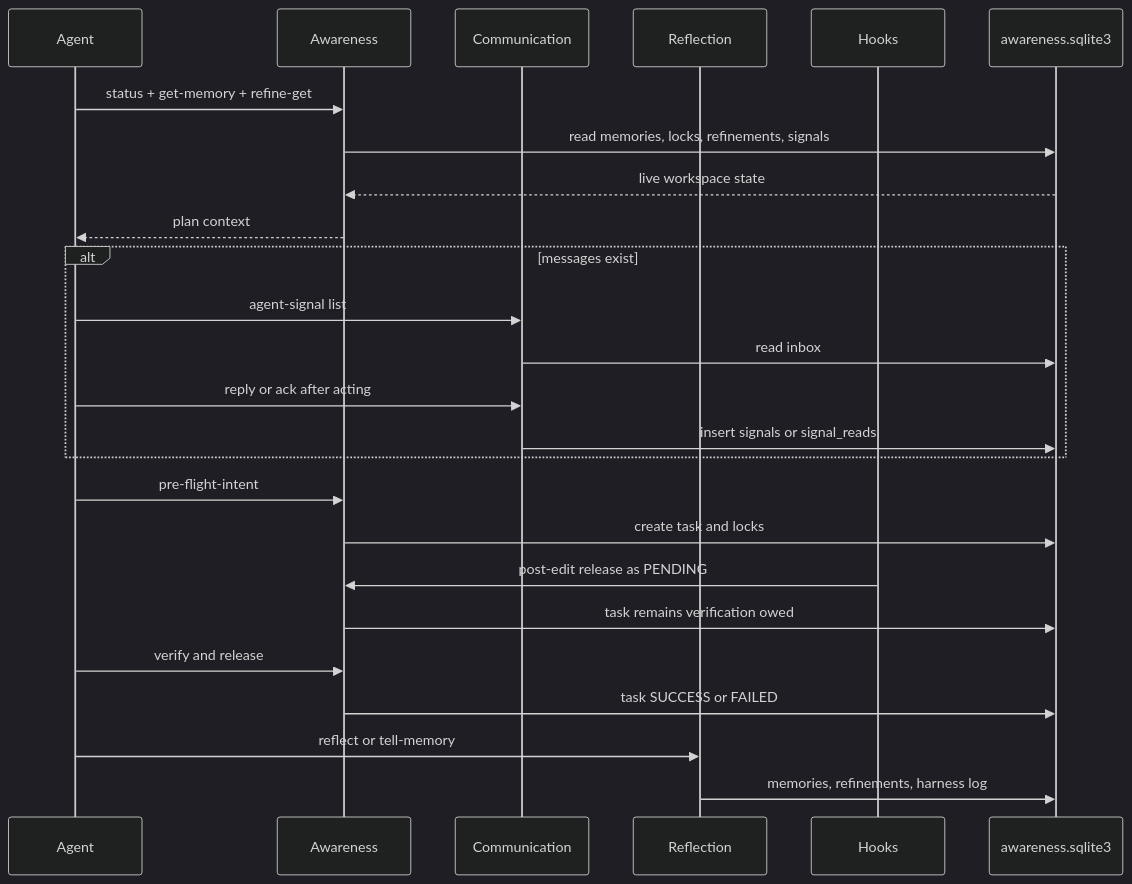
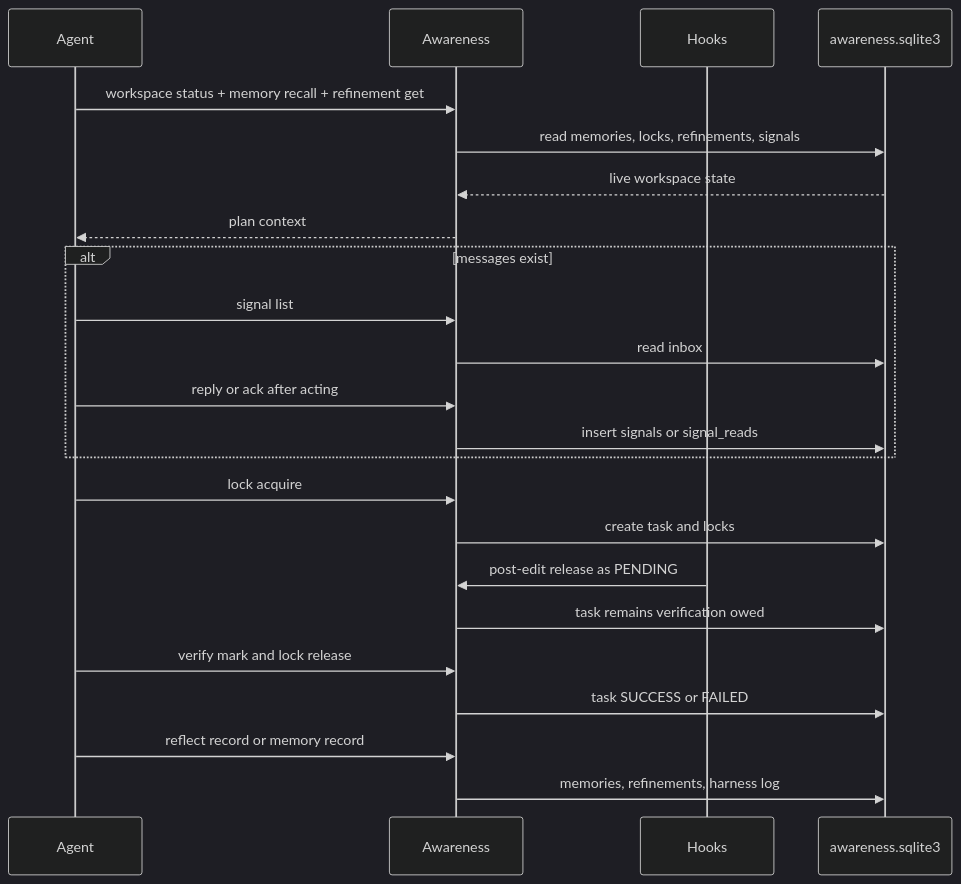
The third of 7 diagrams in packages/octocode-awareness/docs/SKILLS.md (bgauryy/octocode), drawn with Mermaid (dark theme) before and after one commit. The commit also changed other lines of this file and 194 other files, not shown here.

````diff
--- a/packages/octocode-awareness/docs/SKILLS.md
+++ b/packages/octocode-awareness/docs/SKILLS.md
@@ -81,31 +79,29 @@
 ```mermaid
 sequenceDiagram
   participant Agent
   participant Awareness
-  participant Communication
-  participant Reflection
   participant Hooks
   participant DB as awareness.sqlite3
 
-  Agent->>Awareness: status + get-memory + refine-get
+  Agent->>Awareness: workspace status + memory recall + refinement get
   Awareness->>DB: read memories, locks, refinements, signals
   DB-->>Awareness: live workspace state
   Awareness-->>Agent: plan context
 
   alt messages exist
-    Agent->>Communication: agent-signal list
-    Communication->>DB: read inbox
-    Agent->>Communication: reply or ack after acting
-    Communication->>DB: insert signals or signal_reads
+    Agent->>Awareness: signal list
+    Awareness->>DB: read inbox
+    Agent->>Awareness: reply or ack after acting
+    Awareness->>DB: insert signals or signal_reads
   end
 
-  Agent->>Awareness: pre-flight-intent
+  Agent->>Awareness: lock acquire
   Awareness->>DB: create task and locks
   Hooks->>Awareness: post-edit release as PENDING
   Awareness->>DB: task remains verification owed
-  Agent->>Awareness: verify and release
+  Agent->>Awareness: verify mark and lock release
   Awareness->>DB: task SUCCESS or FAILED
 
-  Agent->>Reflection: reflect or tell-memory
-  Reflection->>DB: memories, refinements, harness log
+  Agent->>Awareness: reflect record or memory record
+  Awareness->>DB: memories, refinements, harness log
 ```
````
